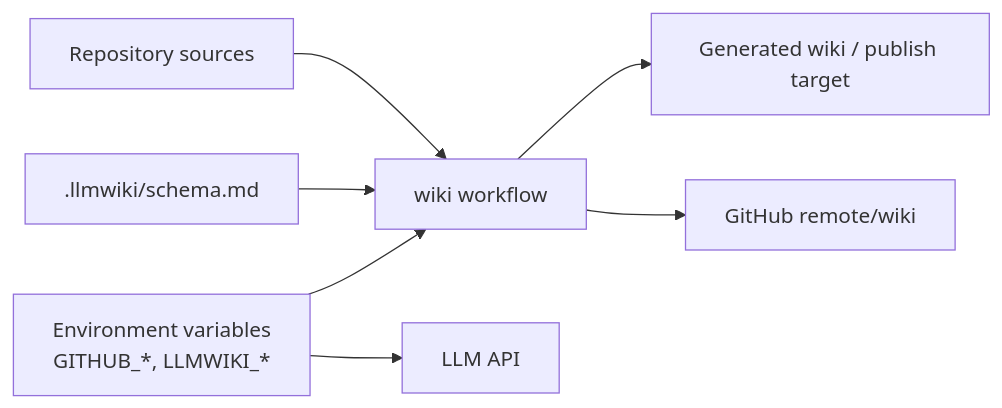
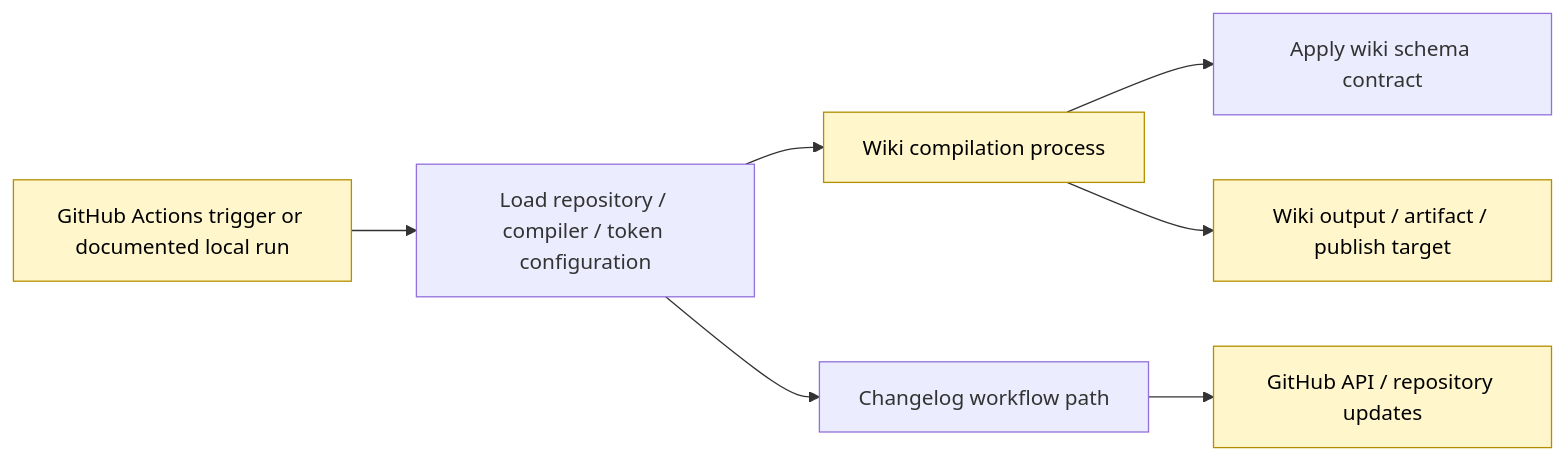
One commit to mfittko/repo-wiki changed the third of 4 diagrams in Architecture.md. Above: the diagram before and after it, drawn with Mermaid. The commit also changed other lines of this file and 45 other files, not shown here.

Commit message:
Compile repository wiki 2026-06-12T15:40:19.942Z

````diff
--- a/Architecture.md
+++ b/Architecture.md
@@ -195,17 +165,13 @@
 ```mermaid
 flowchart LR
-    Sources["Repository sources"]
-    Schema[".llmwiki/schema.md"]
-    Env["Environment variables<br/>GITHUB_*, LLMWIKI_*"]
-    WikiWorkflow["wiki workflow"]
-    WikiArtifact["Generated wiki / publish target"]
-    GitHub["GitHub remote/wiki"]
-    LLM["LLM API"]
+    Trigger["GitHub Actions trigger or documented local run"] --> Config["Load repository / compiler / token configuration"]
+    Config --> Compile["Wiki compilation process"]
+    Compile --> Schema["Apply wiki schema contract"]
+    Compile --> Output["Wiki output / artifact / publish target"]
 
-    Sources --> WikiWorkflow
-    Schema --> WikiWorkflow
-    Env --> WikiWorkflow
-    Env --> LLM
-    WikiWorkflow --> WikiArtifact
-    WikiWorkflow --> GitHub
+    Config --> Changelog["Changelog workflow path"]
+    Changelog --> GitHub["GitHub API / repository updates"]
+
+    classDef inferred fill:#fff6cc,stroke:#b38f00,color:#000;
+    class Trigger,Compile,Output,GitHub inferred;
 ```
````
